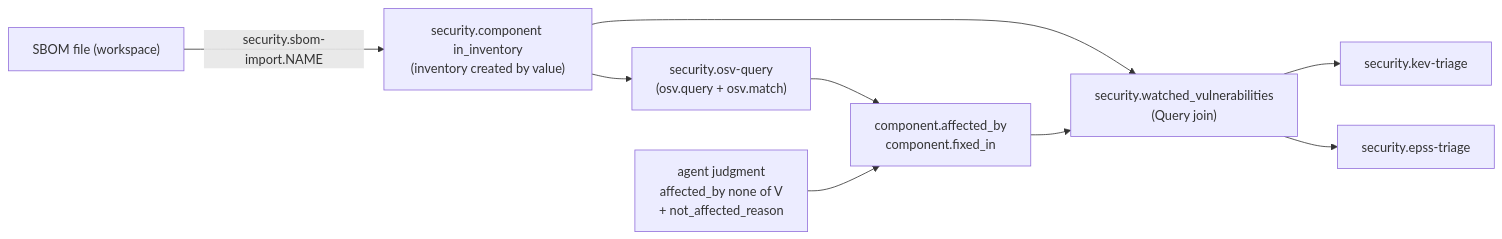
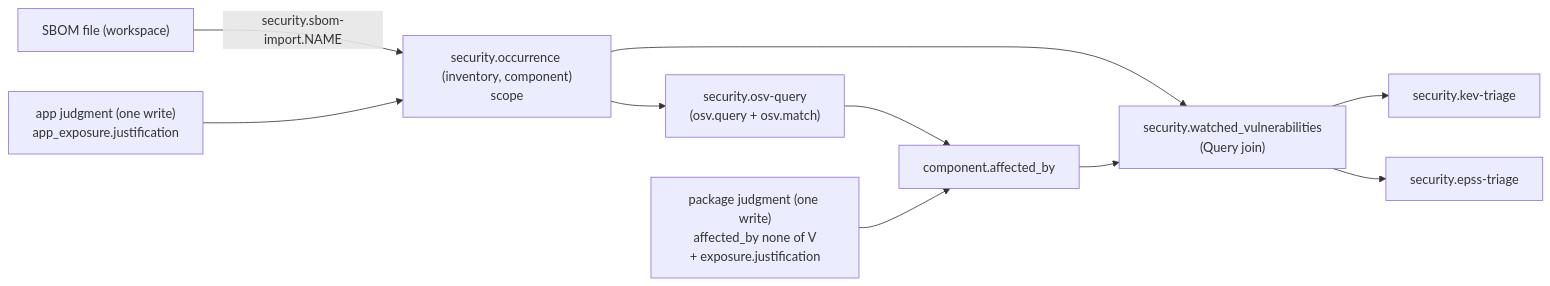
One commit to cruxible-ai/cruxible-kits changed the first of 2 diagrams in kits/security/source/pilot/README.md. Above: the diagram before and after it, drawn with Mermaid. The commit also changed other lines of this file and 3 other files, not shown here.

````diff
--- a/kits/security/source/pilot/README.md
+++ b/kits/security/source/pilot/README.md
@@ -26,11 +27,12 @@
 ```mermaid
 flowchart LR
-  sbom["SBOM file (workspace)"] -->|security.sbom-import.NAME| comp["security.component in_inventory<br/>(inventory created by value)"]
-  comp --> osvq["security.osv-query<br/>(osv.query + osv.match)"]
-  osvq --> aff["component.affected_by<br/>component.fixed_in"]
-  comp --> watch["security.watched_vulnerabilities<br/>(Query join)"]
+  sbom["SBOM file (workspace)"] -->|security.sbom-import.NAME| occ["security.occurrence (inventory, component)<br/>scope"]
+  occ --> osvq["security.osv-query<br/>(osv.query + osv.match)"]
+  osvq --> aff["component.affected_by"]
+  occ --> watch["security.watched_vulnerabilities<br/>(Query join)"]
   aff --> watch
   watch --> kev["security.kev-triage"]
   watch --> epss["security.epss-triage"]
-  agent["agent judgment<br/>affected_by none of V<br/>+ not_affected_reason"] --> aff
+  pkg["package judgment (one write)<br/>affected_by none of V<br/>+ exposure.justification"] --> aff
+  app["app judgment (one write)<br/>app_exposure.justification"] --> occ
 ```
````
